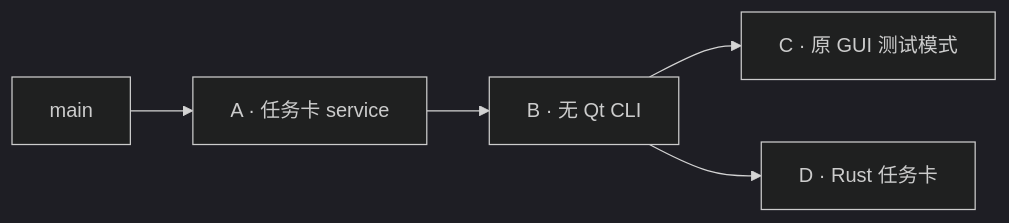
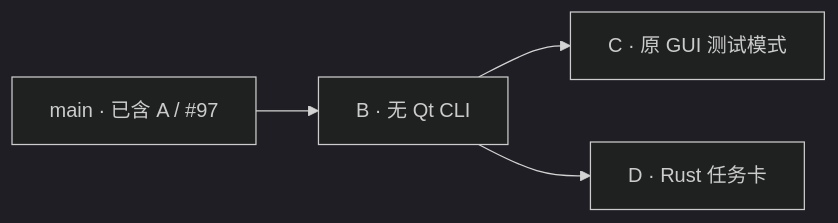
Before and after one commit to LevelDownRefine/OneDragon-Helper: the diagram in docs/rust-feasibility/migration-plan.md, drawn with Mermaid (dark theme). The commit also changed other lines of this file and 1 other file, not shown here.

Commit message:
docs: refresh migration bases after service merge

````diff
--- a/docs/rust-feasibility/migration-plan.md
+++ b/docs/rust-feasibility/migration-plan.md
@@ -53,7 +53,6 @@
 ```mermaid
 flowchart LR
-    M[main] --> A["A · 任务卡 service"]
-    A --> B["B · 无 Qt CLI"]
+    M["main · 已含 A / #97"] --> B["B · 无 Qt CLI"]
     B --> C["C · 原 GUI 测试模式"]
     B --> D["D · Rust 任务卡"]
 ```
````
